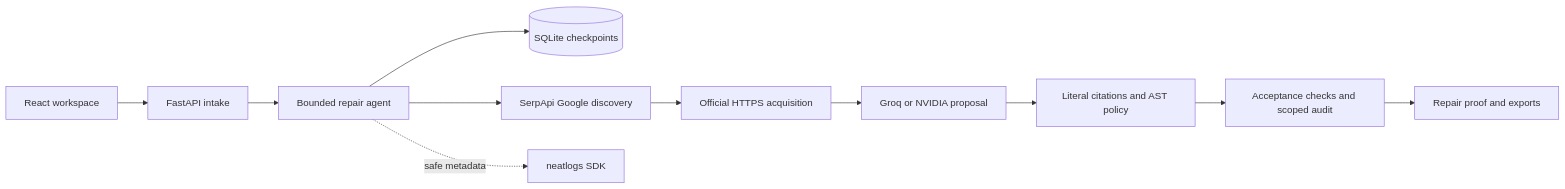
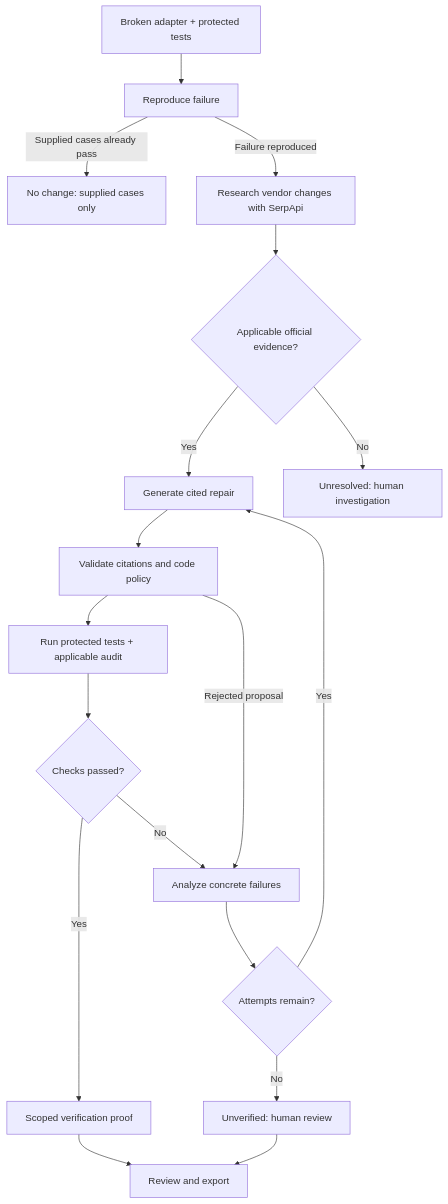
The diagram in README.md (sankalp2515/PatchPilot), drawn with Mermaid before and after one commit. The commit also changed other lines of this file and 2 other files, not shown here.

Commit message:
Present PatchPilot as an evidence-led developer product

````diff
--- a/README.md
+++ b/README.md
@@ -83,13 +52,20 @@
 ```mermaid
-flowchart LR
-    UI[React workspace] --> API[FastAPI intake]
-    API --> Agent[Bounded repair agent]
-    Agent --> DB[(SQLite checkpoints)]
-    Agent --> Search[SerpApi Google discovery]
-    Search --> Fetch[Official HTTPS acquisition]
-    Fetch --> Model[Groq or NVIDIA proposal]
-    Model --> Guards[Literal citations and AST policy]
-    Guards --> Tests[Acceptance checks and scoped audit]
-    Tests --> Proof[Repair proof and exports]
-    Agent -. safe metadata .-> Neat[neatlogs SDK]
+flowchart TD
+    Input[Broken adapter + protected tests] --> Baseline[Reproduce failure]
+    Baseline -->|Supplied cases already pass| NoChange[No change: supplied cases only]
+    Baseline -->|Failure reproduced| Research[Research vendor changes with SerpApi]
+    Research --> Evidence{Applicable official evidence?}
+    Evidence -->|Yes| Repair[Generate cited repair]
+    Evidence -->|No| Human[Unresolved: human investigation]
+    Repair --> Validate[Validate citations and code policy]
+    Validate --> Checks[Run protected tests + applicable audit]
+    Validate -->|Rejected proposal| Feedback[Analyze concrete failures]
+    Checks --> Passed{Checks passed?}
+    Passed -->|Yes| Proof[Scoped verification proof]
+    Passed -->|No| Feedback
+    Feedback --> Budget{Attempts remain?}
+    Budget -->|Yes| Repair
+    Budget -->|No| Unverified[Unverified: human review]
+    Proof --> Review[Review and export]
+    Unverified --> Review
 ```
````
